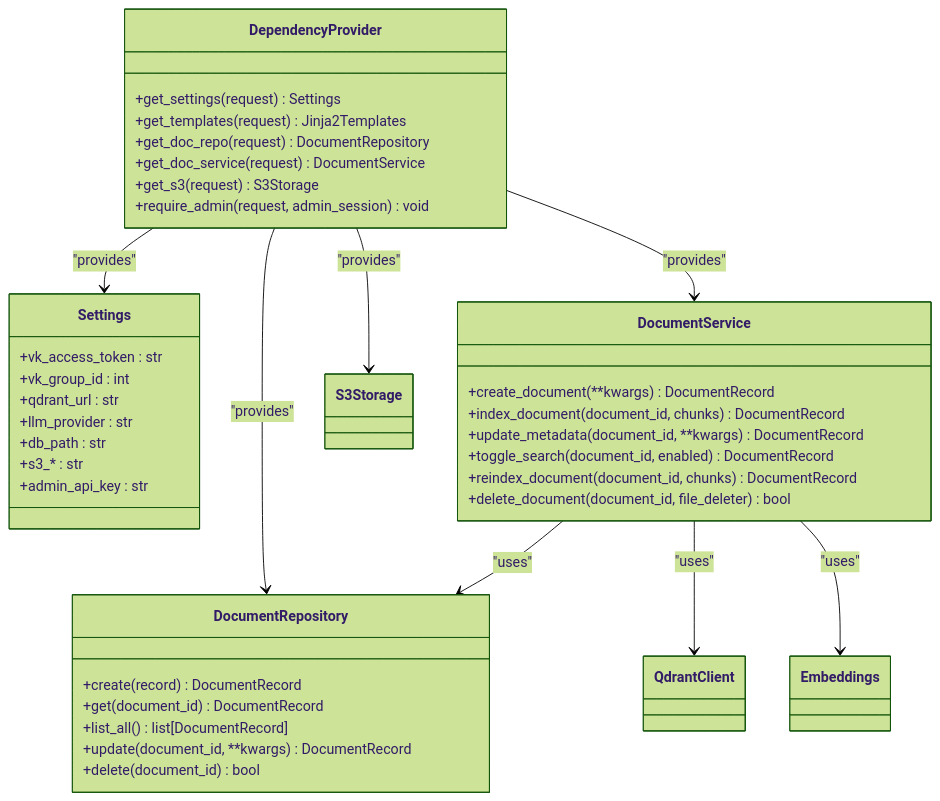
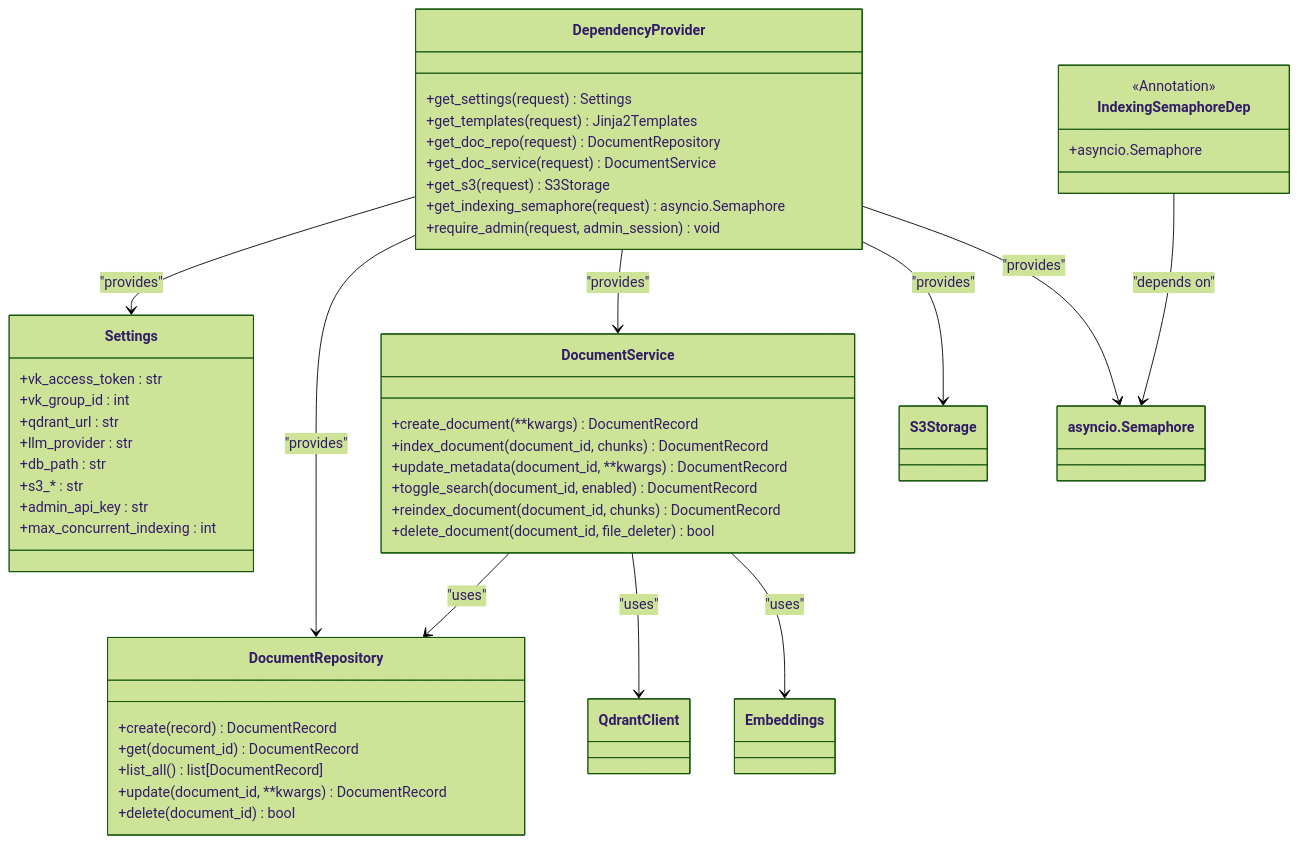
Before and after one commit to ognelis/cafetera_hr_bot: the fourth of 8 diagrams in .qoder/repowiki/en/content/API Reference/Dependency Injection System.md, drawn with Mermaid (forest theme). The commit also changed other lines of this file and 7 other files, not shown here.

````diff
--- a/.qoder/repowiki/en/content/API Reference/Dependency Injection System.md
+++ b/.qoder/repowiki/en/content/API Reference/Dependency Injection System.md
@@ -185,42 +213,50 @@
 ```mermaid
 classDiagram
 class DependencyProvider {
 +get_settings(request) Settings
 +get_templates(request) Jinja2Templates
 +get_doc_repo(request) DocumentRepository
 +get_doc_service(request) DocumentService
 +get_s3(request) S3Storage
++get_indexing_semaphore(request) asyncio.Semaphore
 +require_admin(request, admin_session) void
 }
 class Settings {
 +vk_access_token : str
 +vk_group_id : int
 +qdrant_url : str
 +llm_provider : str
 +db_path : str
 +s3_* : str
 +admin_api_key : str
++max_concurrent_indexing : int
 }
 class DocumentRepository {
 +create(record) DocumentRecord
 +get(document_id) DocumentRecord
 +list_all() list[DocumentRecord]
 +update(document_id, **kwargs) DocumentRecord
 +delete(document_id) bool
 }
 class DocumentService {
 +create_document(**kwargs) DocumentRecord
 +index_document(document_id, chunks) DocumentRecord
 +update_metadata(document_id, **kwargs) DocumentRecord
 +toggle_search(document_id, enabled) DocumentRecord
 +reindex_document(document_id, chunks) DocumentRecord
 +delete_document(document_id, file_deleter) bool
 }
+class IndexingSemaphoreDep {
+<<Annotation>>
++asyncio.Semaphore
+}
 DependencyProvider --> Settings : "provides"
 DependencyProvider --> DocumentRepository : "provides"
 DependencyProvider --> DocumentService : "provides"
 DependencyProvider --> S3Storage : "provides"
+DependencyProvider --> asyncio.Semaphore : "provides"
 DocumentService --> DocumentRepository : "uses"
 DocumentService --> QdrantClient : "uses"
 DocumentService --> Embeddings : "uses"
+IndexingSemaphoreDep --> asyncio.Semaphore : "depends on"
 ```
````
